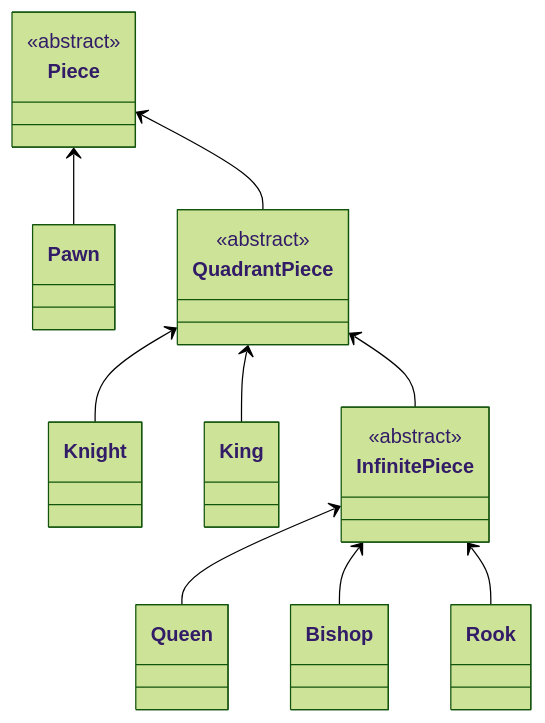
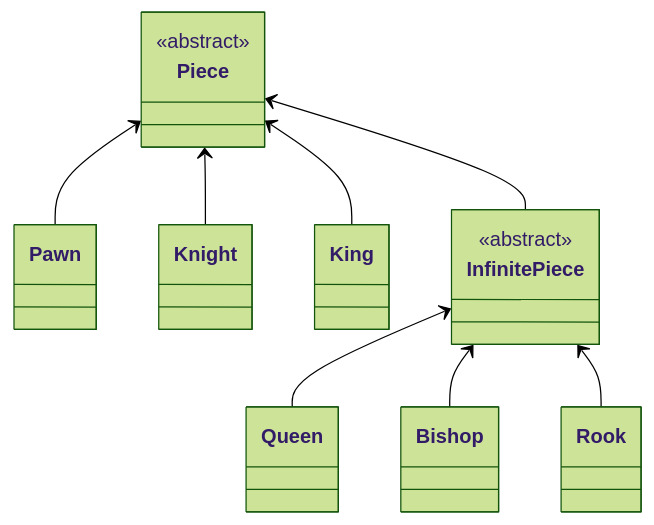
One commit to woowacourse/java-chess changed the diagram in README.md. Above: the diagram before and after it, drawn with Mermaid (forest theme). The commit also changed other lines of this file and 2 other files, not shown here.

Commit message:
refactor(Position): 다른 위치까지의 방향 구하는 메서드 통합

````diff
--- a/README.md
+++ b/README.md
@@ -108,15 +108,13 @@
 ```mermaid
 classDiagram
     Piece <-- Pawn
-    QuadrantPiece <-- Knight
-    QuadrantPiece <-- King
+    Piece <-- Knight
+    Piece <-- King
     InfinitePiece <-- Queen
     InfinitePiece <-- Bishop
     InfinitePiece <-- Rook
-    QuadrantPiece <-- InfinitePiece
-    Piece <-- QuadrantPiece
+    Piece <-- InfinitePiece
 
     <<abstract>> Piece
-    <<abstract>> QuadrantPiece
     <<abstract>> InfinitePiece
 ```
````
